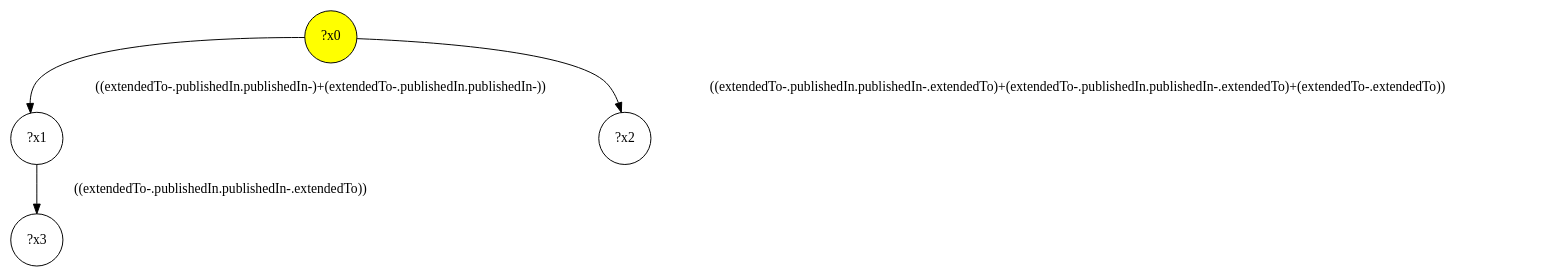
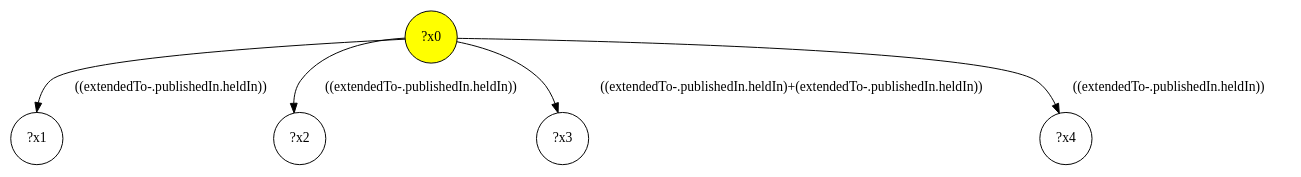
Before and after one commit to gbagan/gmark: the diagram in src/queryinterface/interface-queries/query-10.dot, drawn with Graphviz. The commit also changed 150 other files, not shown here.

```diff
--- a/src/queryinterface/interface-queries/query-10.dot
+++ b/src/queryinterface/interface-queries/query-10.dot
@@ -1,9 +1,11 @@
 digraph g {
 	x0 [fillcolor="yellow", style="filled," shape=circle, label="?x0"];
 	x1 [shape=circle, label="?x1"];
-	x0 -> x1 [label="((extendedTo-.publishedIn.publishedIn-)+(extendedTo-.publishedIn.publishedIn-))"];
+	x0 -> x1 [label="((extendedTo-.publishedIn.heldIn))"];
 	x2 [shape=circle, label="?x2"];
-	x0 -> x2 [label="((extendedTo-.publishedIn.publishedIn-.extendedTo)+(extendedTo-.publishedIn.publishedIn-.extendedTo)+(extendedTo-.extendedTo))"];
+	x0 -> x2 [label="((extendedTo-.publishedIn.heldIn))"];
 	x3 [shape=circle, label="?x3"];
-	x1 -> x3 [label="((extendedTo-.publishedIn.publishedIn-.extendedTo))"];
+	x0 -> x3 [label="((extendedTo-.publishedIn.heldIn)+(extendedTo-.publishedIn.heldIn))"];
+	x4 [shape=circle, label="?x4"];
+	x0 -> x4 [label="((extendedTo-.publishedIn.heldIn))"];
 }
```
